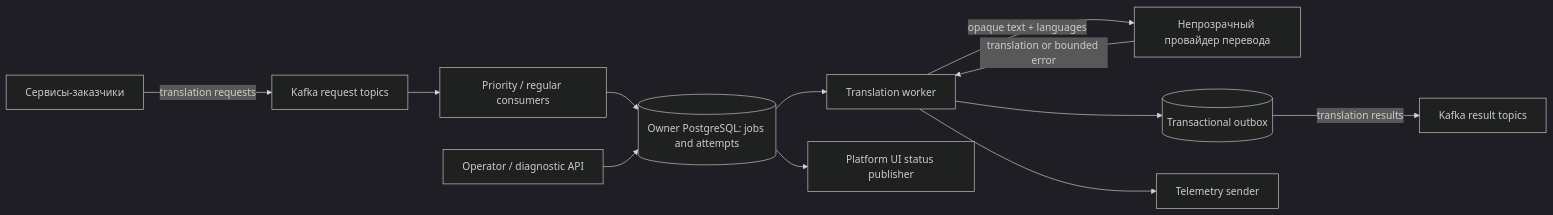
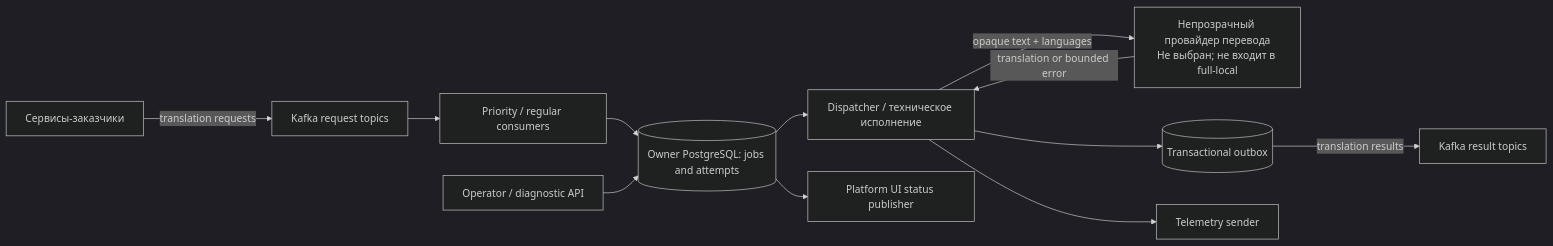
Before and after one commit to sapogov1978/AELEV-platform-infrastructure: the diagram in translator-service/architecture.mmd, drawn with Mermaid (dark theme). The commit also changed 49 other files, not shown here.

```diff
--- a/translator-service/architecture.mmd
+++ b/translator-service/architecture.mmd
@@ -1,12 +1,12 @@
 flowchart LR
     Requesters["Сервисы-заказчики"] -->|translation requests| KafkaIn["Kafka request topics"]
     KafkaIn --> Consumer["Priority / regular consumers"]
     Consumer --> Jobs[("Owner PostgreSQL: jobs and attempts")]
-    Jobs --> Worker["Translation worker"]
-    Worker -->|opaque text + languages| Provider["Непрозрачный провайдер перевода"]
+    Jobs --> Worker["Dispatcher / техническое исполнение"]
+    Worker -->|opaque text + languages| Provider["Непрозрачный провайдер перевода<br/>Не выбран; не входит в full-local"]
     Provider -->|translation or bounded error| Worker
     Worker --> Outbox[("Transactional outbox")]
     Outbox -->|translation results| KafkaOut["Kafka result topics"]
     API["Operator / diagnostic API"] --> Jobs
     Jobs --> Status["Platform UI status publisher"]
     Worker --> Telemetry["Telemetry sender"]
```
